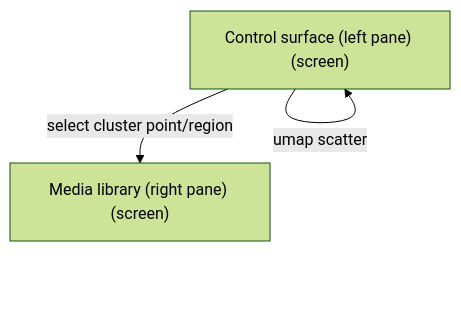
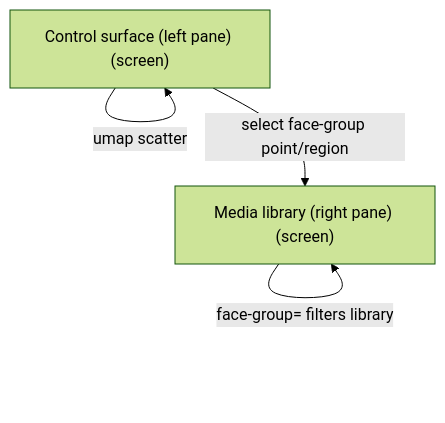
The third of 5 diagrams in apps/prototype-wp-alt-context/docs/ux-maps/workbench-2pane.md (darce/context-alt-text-monorepo), drawn with Mermaid (forest theme) before and after one commit. The commit also changed other lines of this file and 1 other file, not shown here.

First line of the commit message:
docs(uxmap): UXW2-3-R2-08 face-group/people wording on workbench-2pane

````diff
--- a/apps/prototype-wp-alt-context/docs/ux-maps/workbench-2pane.md
+++ b/apps/prototype-wp-alt-context/docs/ux-maps/workbench-2pane.md
@@ -218,8 +218,9 @@
 ```mermaid
 flowchart TD
-  %% flow: UMAP scatter -> select cluster -> right library filters to cluster media job=job-cluster-recognize
+  %% flow: UMAP scatter -> select face group -> right library filters to face-group media job=job-cluster-recognize
   n_workbench_control["Control surface (left pane) (screen)"]
   n_workbench_control -->|umap scatter| n_workbench_control
   n_workbench_library["Media library (right pane) (screen)"]
-  n_workbench_control -->|select cluster point/region| n_workbench_library
+  n_workbench_control -->|select face-group point/region| n_workbench_library
+  n_workbench_library -->|face-group= filters library| n_workbench_library
 ```
````
